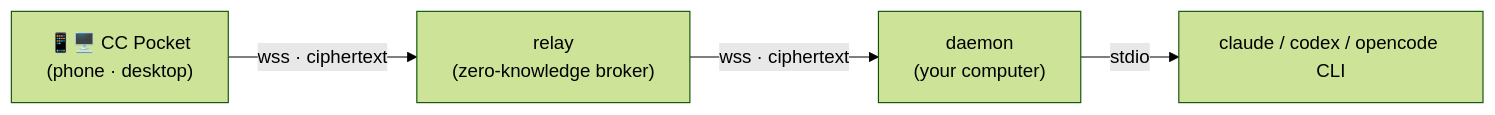
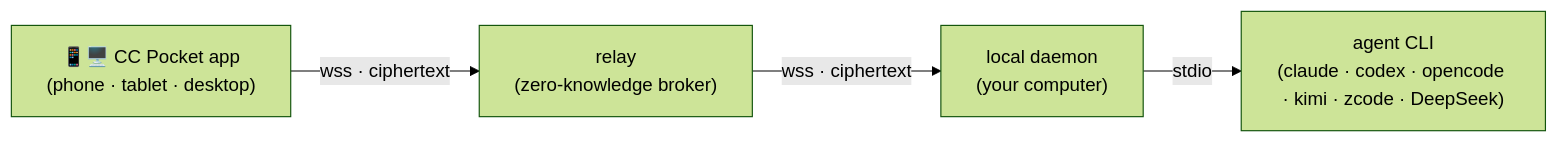
One commit to heypandax/pairlet changed the diagram in README.md. Above: the diagram before and after it, drawn with Mermaid (forest theme). The commit also changed other lines of this file and 48 other files, not shown here.

````diff
--- a/README.md
+++ b/README.md
@@ -29,6 +65,6 @@
 ```mermaid
 flowchart LR
-    phone["📱🖥️ CC Pocket<br/>(phone · desktop)"] -- "wss · ciphertext" --> relay["relay<br/>(zero-knowledge broker)"]
-    relay -- "wss · ciphertext" --> daemon["daemon<br/>(your computer)"]
-    daemon -- "stdio" --> agent["claude / codex / opencode CLI"]
+    app["📱🖥️ CC Pocket app<br/>(phone · tablet · desktop)"] -- "wss · ciphertext" --> relay["relay<br/>(zero-knowledge broker)"]
+    relay -- "wss · ciphertext" --> daemon["local daemon<br/>(your computer)"]
+    daemon -- "stdio" --> agent["agent CLI<br/>(claude · codex · opencode · kimi · zcode · DeepSeek)"]
 ```
````
